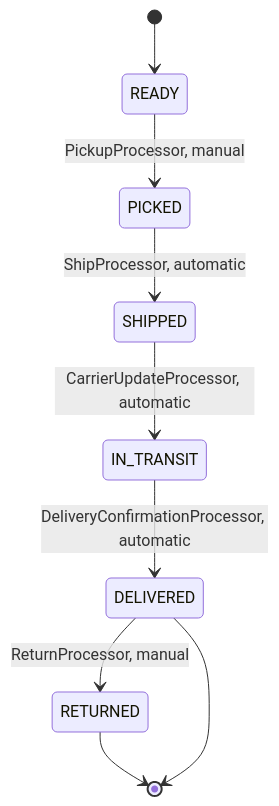
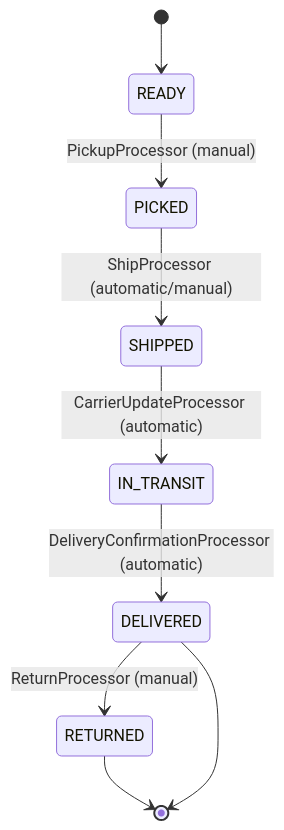
The third of 3 diagrams in src/main/java/com/java_template/prototype/functional_requirement.md (Cyoda-platform/java-client-template), drawn with Mermaid before and after one commit. The commit also changed other lines of this file, not shown here.

````diff
--- a/src/main/java/com/java_template/prototype/functional_requirement.md
+++ b/src/main/java/com/java_template/prototype/functional_requirement.md
@@ -97,11 +176,11 @@
 ```mermaid
 stateDiagram-v2
     [*] --> READY
-    READY --> PICKED : PickupProcessor, manual
-    PICKED --> SHIPPED : ShipProcessor, automatic
-    SHIPPED --> IN_TRANSIT : CarrierUpdateProcessor, automatic
-    IN_TRANSIT --> DELIVERED : DeliveryConfirmationProcessor, automatic
-    DELIVERED --> RETURNED : ReturnProcessor, manual
+    READY --> PICKED : PickupProcessor (manual)
+    PICKED --> SHIPPED : ShipProcessor (automatic/manual)
+    SHIPPED --> IN_TRANSIT : CarrierUpdateProcessor (automatic)
+    IN_TRANSIT --> DELIVERED : DeliveryConfirmationProcessor (automatic)
+    DELIVERED --> RETURNED : ReturnProcessor (manual)
     RETURNED --> [*]
     DELIVERED --> [*]
 ```
````
